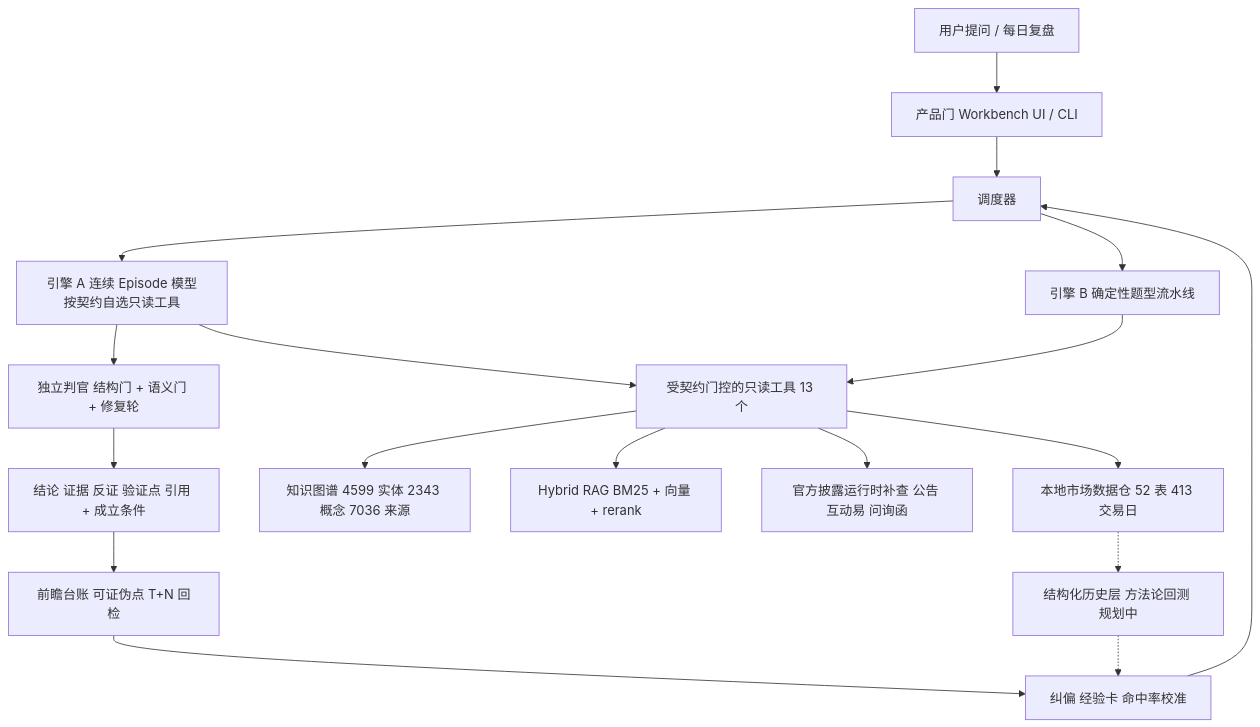
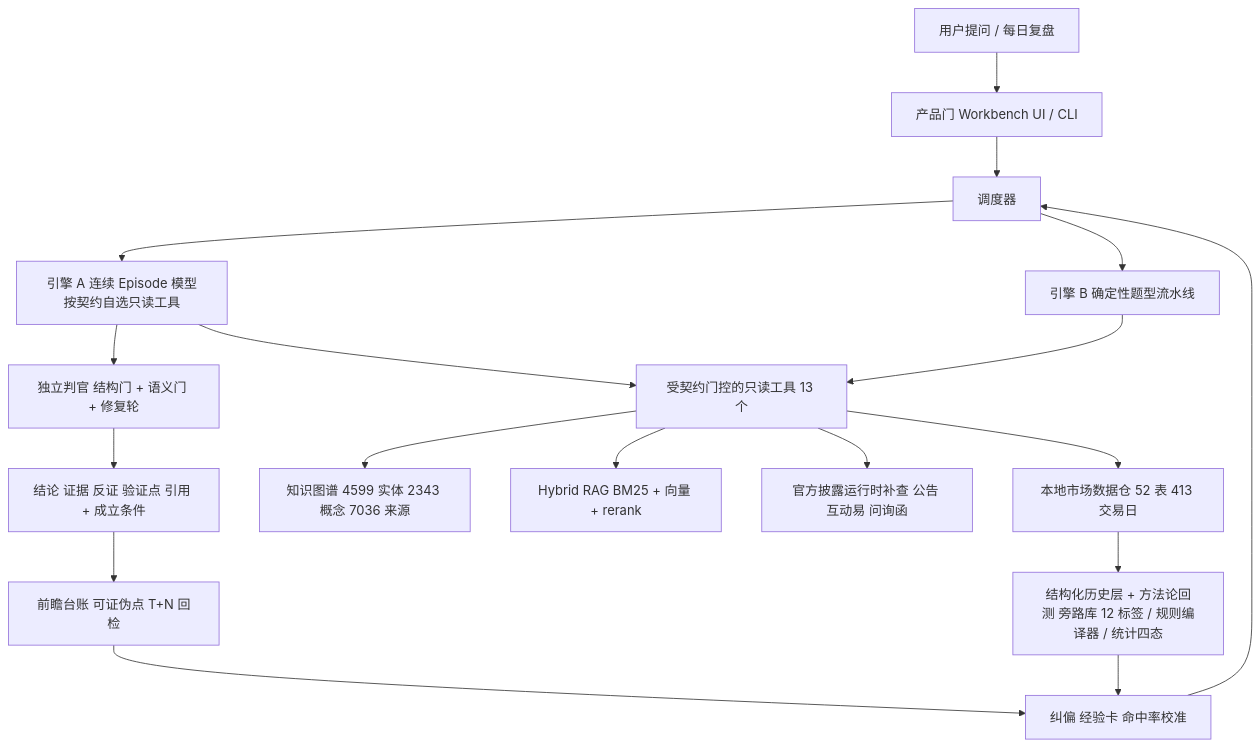
One commit to moscrol/finance changed the diagram in docs/bp/2026-09-finance-agent-bp.md. Above: the diagram before and after it, drawn with Mermaid. The commit also changed other lines of this file and 3 other files, not shown here.

First line of the commit message:
docs(bp): v0.5 方法论回测改「已上线 + 首批读数」；设计稿加 §10 学习闭环路线图；判官 token 工单改号 #23

````diff
--- a/docs/bp/2026-09-finance-agent-bp.md
+++ b/docs/bp/2026-09-finance-agent-bp.md
@@ -139,20 +139,20 @@
 ```mermaid
 flowchart TD
   U[用户提问 / 每日复盘] --> Door[产品门 Workbench UI / CLI]
   Door --> Orch[调度器]
   Orch --> EngA[引擎 A 连续 Episode 模型按契约自选只读工具]
   Orch --> EngB[引擎 B 确定性题型流水线]
   EngA --> Tools[受契约门控的只读工具 13 个]
   EngB --> Tools
   Tools --> DuckDB[本地市场数据仓 52 表 413 交易日]
   Tools --> KB[知识图谱 4599 实体 2343 概念 7036 来源]
   Tools --> RAG[Hybrid RAG BM25 + 向量 + rerank]
   Tools --> L3[官方披露运行时补查 公告 互动易 问询函]
   EngA --> Judge[独立判官 结构门 + 语义门 + 修复轮]
   Judge --> Answer[结论 证据 反证 验证点 引用 + 成立条件]
   Answer --> Ledger[前瞻台账 可证伪点 T+N 回检]
   Ledger --> Learn[纠偏 经验卡 命中率校准]
   Learn --> Orch
-  Hist[结构化历史层 方法论回测 规划中] -.-> Learn
-  DuckDB -.-> Hist
+  Hist[结构化历史层 + 方法论回测 旁路库 12 标签 / 规则编译器 / 统计四态] --> Learn
+  DuckDB --> Hist
 ```
````
